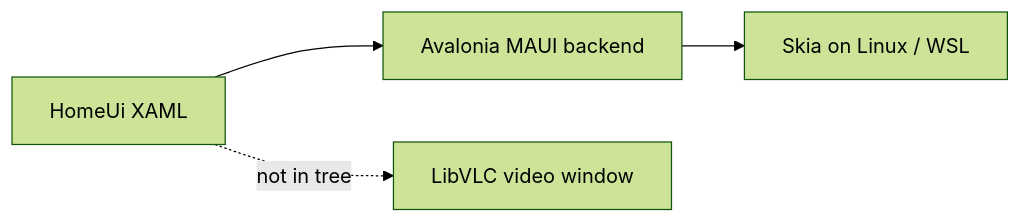
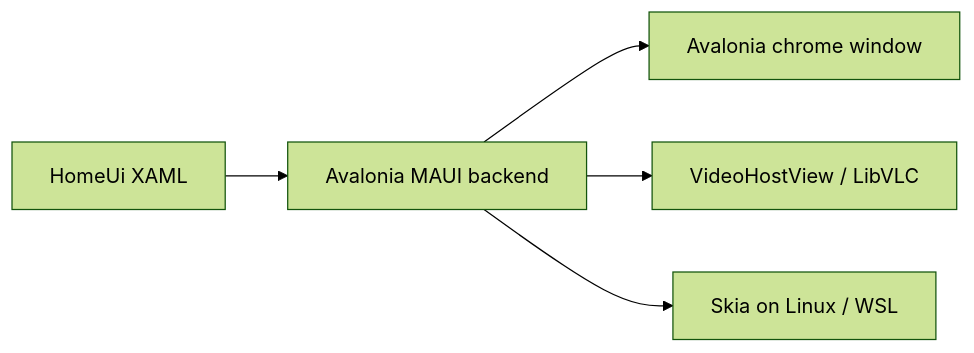
Before and after one commit to Vardy-Party/Client: the diagram in docs/LINUX_SUPPORT.md, drawn with Mermaid (forest theme). The commit also changed other lines of this file and 9 other files, not shown here.

First line of the commit message:
Add Linux Avalonia playback chrome overlay driven by PlaybackChromePresenter.

````diff
--- a/docs/LINUX_SUPPORT.md
+++ b/docs/LINUX_SUPPORT.md
@@ -8,6 +12,7 @@
 ```mermaid
 flowchart LR
   XAML["HomeUi XAML"] --> Avalonia["Avalonia MAUI backend"]
-  XAML -.->|"not in tree"| VLC["LibVLC video window"]
+  Avalonia --> Chrome["Avalonia chrome window"]
+  Avalonia --> Host["VideoHostView / LibVLC"]
   Avalonia --> Skia["Skia on Linux / WSL"]
 ```
````
